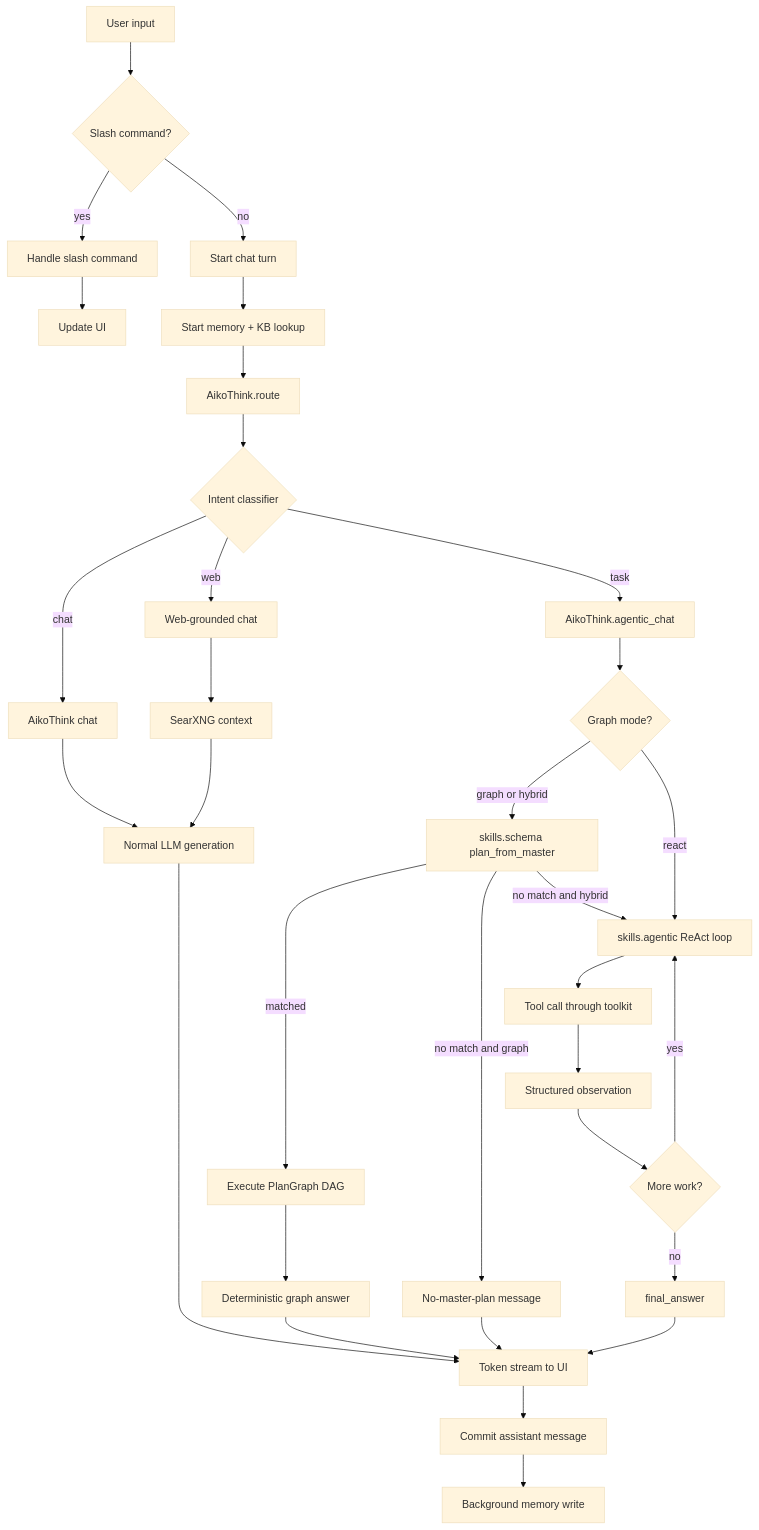
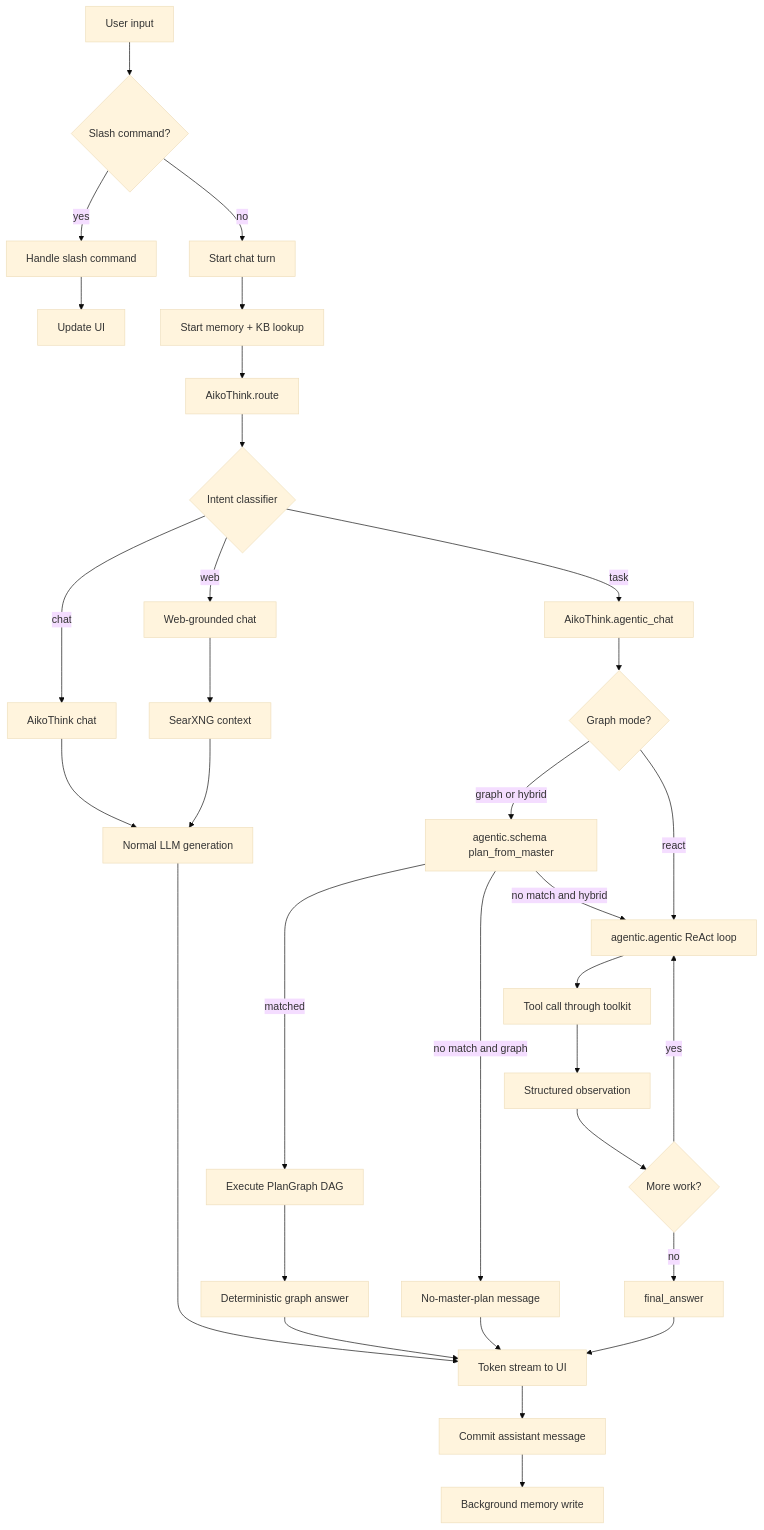
One commit to OppaAI/Aiko-chan changed the fourth of 5 diagrams in docs/ARCHITECTURE.md. Above: the diagram before and after it, drawn with Mermaid (base theme). The commit also changed other lines of this file and 47 other files, not shown here.

````diff
--- a/docs/ARCHITECTURE.md
+++ b/docs/ARCHITECTURE.md
@@ -163,38 +163,38 @@
 ```mermaid
 flowchart TD
     Input[User input] --> Slash{Slash command?}
     Slash -->|yes| Command[Handle slash command]
     Command --> Draw[Update UI]
 
     Slash -->|no| StartTurn[Start chat turn]
     StartTurn --> PreFetch[Start memory + KB lookup]
     PreFetch --> Route[AikoThink.route]
     Route --> Intent{Intent classifier}
     Intent -->|chat| Chat[AikoThink chat]
     Intent -->|web| Web[Web-grounded chat]
     Intent -->|task| Task[AikoThink.agentic_chat]
 
     Chat --> LLM[Normal LLM generation]
     Web --> Search[SearXNG context]
     Search --> LLM
 
     Task --> GraphGate{Graph mode?}
-    GraphGate -->|graph or hybrid| Master[skills.schema plan_from_master]
+    GraphGate -->|graph or hybrid| Master[agentic.schema plan_from_master]
     Master -->|matched| DAG[Execute PlanGraph DAG]
     DAG --> GraphFinal[Deterministic graph answer]
     Master -->|no match and graph| NoMatch[No-master-plan message]
-    Master -->|no match and hybrid| React[skills.agentic ReAct loop]
+    Master -->|no match and hybrid| React[agentic.agentic ReAct loop]
     GraphGate -->|react| React
     React --> ToolCall[Tool call through toolkit]
     ToolCall --> Observation[Structured observation]
     Observation --> Continue{More work?}
     Continue -->|yes| React
     Continue -->|no| Final[final_answer]
 
     LLM --> Stream[Token stream to UI]
     GraphFinal --> Stream
     NoMatch --> Stream
     Final --> Stream
     Stream --> Commit[Commit assistant message]
     Commit --> AsyncMem[Background memory write]
 ```
````
